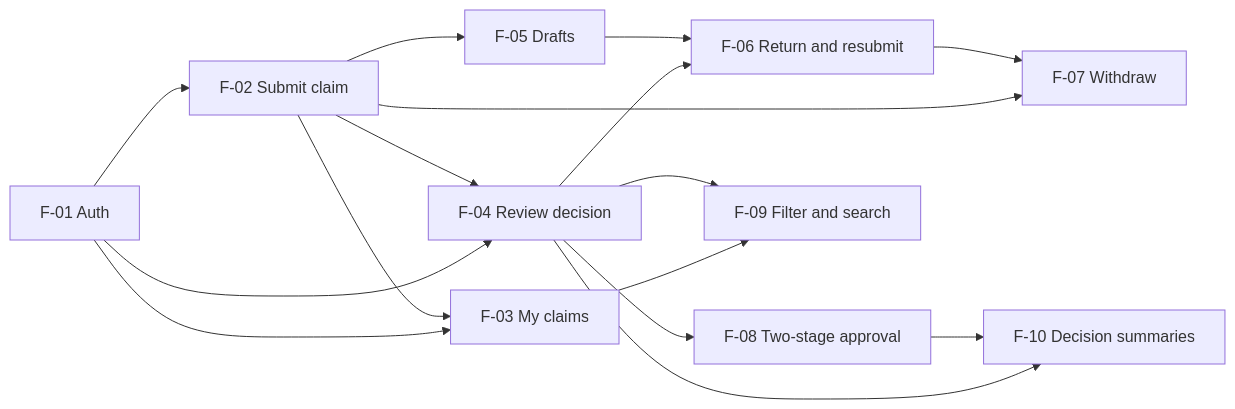
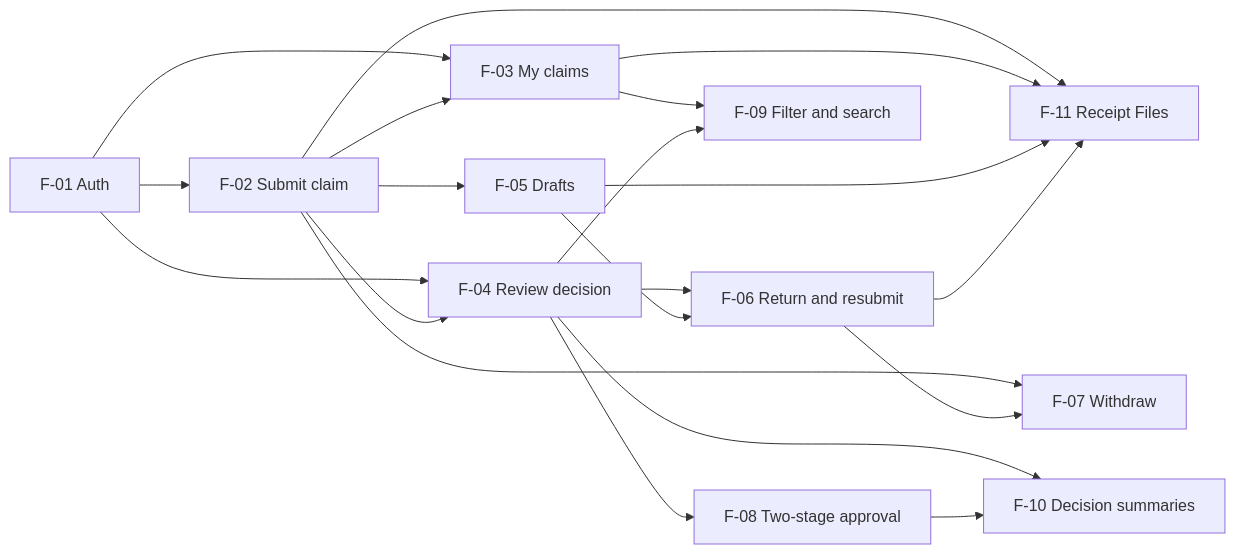
Before and after one commit to beambeambeam/claimflow: the diagram in docs/features.md, drawn with Mermaid. The commit also changed other lines of this file and 7 other files, not shown here.

````diff
--- a/docs/features.md
+++ b/docs/features.md
@@ -29,18 +30,22 @@
 ```mermaid
 flowchart LR
     F01[F-01 Auth] --> F02[F-02 Submit claim]
     F01 --> F03[F-03 My claims]
     F02 --> F03
     F01 --> F04[F-04 Review decision]
     F02 --> F04
     F02 --> F05[F-05 Drafts]
     F04 --> F06[F-06 Return and resubmit]
     F05 --> F06
     F02 --> F07[F-07 Withdraw]
     F06 --> F07
     F04 --> F08[F-08 Two-stage approval]
     F03 --> F09[F-09 Filter and search]
     F04 --> F09
     F04 --> F10[F-10 Decision summaries]
     F08 --> F10
+    F02 --> F11[F-11 Receipt Files]
+    F03 --> F11
+    F05 --> F11
+    F06 --> F11
 ```
````
